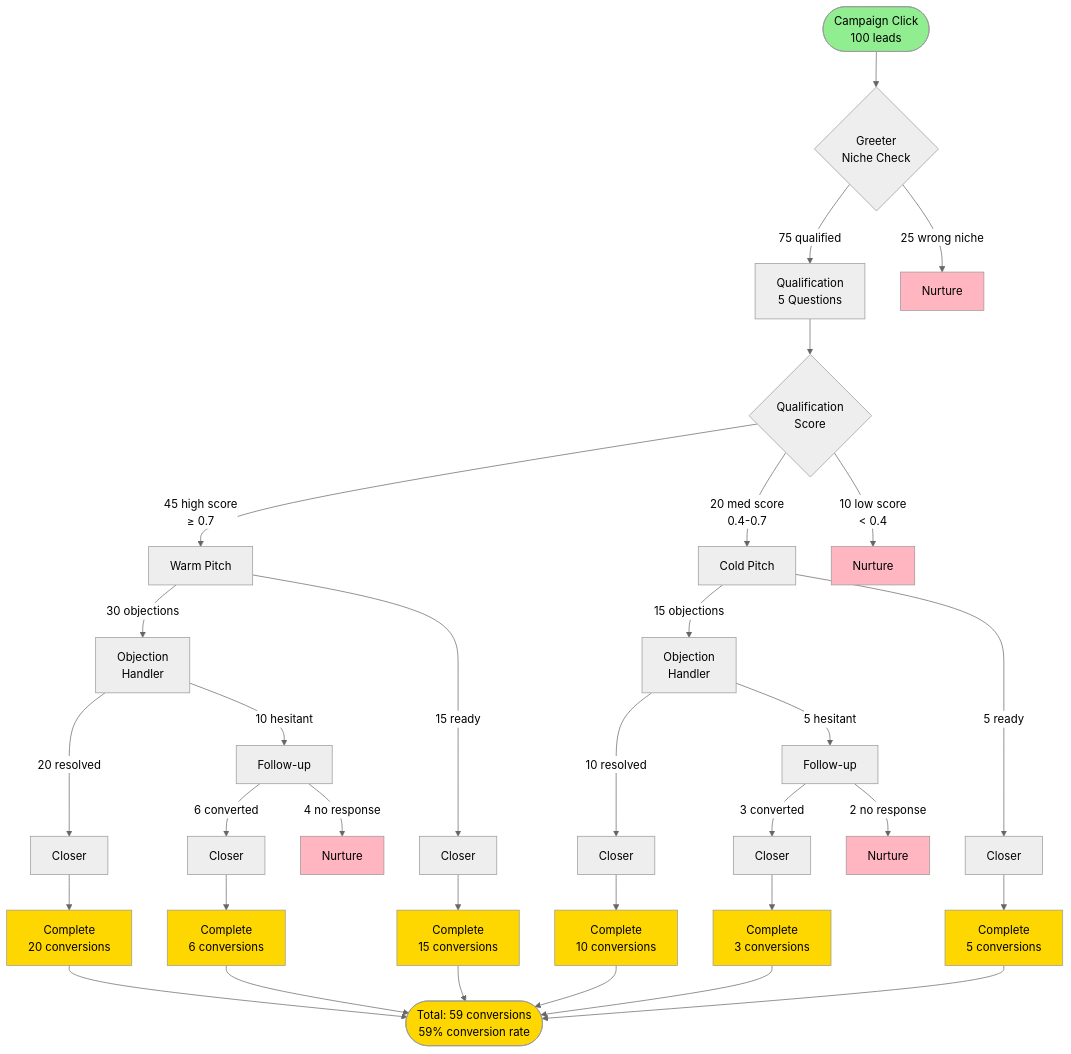
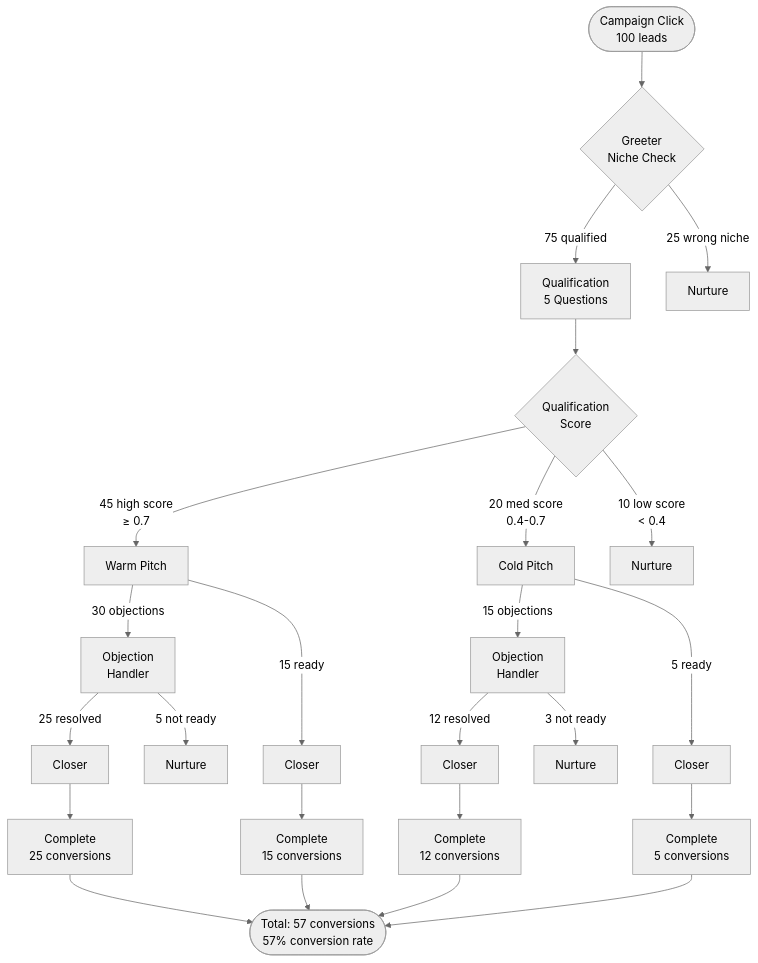
Before and after one commit to blockvoltcr7/langgraph-supervisors: diagram 22 of 23 in limitlessos/ARCHITECTURE_DIAGRAMS.md, drawn with Mermaid (neutral theme). The commit also changed other lines of this file and 17 other files, not shown here.

````diff
--- a/limitlessos/ARCHITECTURE_DIAGRAMS.md
+++ b/limitlessos/ARCHITECTURE_DIAGRAMS.md
@@ -971,58 +922,35 @@
 ```mermaid
 graph TD
     START([Campaign Click<br/>100 leads]) --> GREETING{Greeter<br/>Niche Check}
     
     GREETING -->|75 qualified| QUAL[Qualification<br/>5 Questions]
     GREETING -->|25 wrong niche| NURTURE1[Nurture]
     
     QUAL --> QUAL_SCORE{Qualification<br/>Score}
     
     QUAL_SCORE -->|45 high score<br/>≥ 0.7| WARM[Warm Pitch]
     QUAL_SCORE -->|20 med score<br/>0.4-0.7| COLD[Cold Pitch]
     QUAL_SCORE -->|10 low score<br/>< 0.4| NURTURE2[Nurture]
     
     WARM -->|30 objections| OBJ1[Objection<br/>Handler]
     WARM -->|15 ready| CLOSE1[Closer]
     
     COLD -->|15 objections| OBJ2[Objection<br/>Handler]
     COLD -->|5 ready| CLOSE2[Closer]
     
-    OBJ1 -->|20 resolved| CLOSE3[Closer]
-    OBJ1 -->|10 hesitant| FOLLOW1[Follow-up]
+    OBJ1 -->|25 resolved| CLOSE3[Closer]
+    OBJ1 -->|5 not ready| NURTURE3[Nurture]
     
-    OBJ2 -->|10 resolved| CLOSE4[Closer]
-    OBJ2 -->|5 hesitant| FOLLOW2[Follow-up]
-    
-    FOLLOW1 -->|6 converted| CLOSE5[Closer]
-    FOLLOW1 -->|4 no response| NURTURE3[Nurture]
-    
-    FOLLOW2 -->|3 converted| CLOSE6[Closer]
-    FOLLOW2 -->|2 no response| NURTURE4[Nurture]
+    OBJ2 -->|12 resolved| CLOSE4[Closer]
+    OBJ2 -->|3 not ready| NURTURE4[Nurture]
     
     CLOSE1 --> COMPLETE1[Complete<br/>15 conversions]
     CLOSE2 --> COMPLETE2[Complete<br/>5 conversions]
-    CLOSE3 --> COMPLETE3[Complete<br/>20 conversions]
-    CLOSE4 --> COMPLETE4[Complete<br/>10 conversions]
-    CLOSE5 --> COMPLETE5[Complete<br/>6 conversions]
-    CLOSE6 --> COMPLETE6[Complete<br/>3 conversions]
+    CLOSE3 --> COMPLETE3[Complete<br/>25 conversions]
+    CLOSE4 --> COMPLETE4[Complete<br/>12 conversions]
     
-    COMPLETE1 --> END([Total: 59 conversions<br/>59% conversion rate])
+    COMPLETE1 --> END([Total: 57 conversions<br/>57% conversion rate])
     COMPLETE2 --> END
     COMPLETE3 --> END
     COMPLETE4 --> END
-    COMPLETE5 --> END
-    COMPLETE6 --> END
-    
-    style START fill:#90EE90
-    style END fill:#FFD700
-    style NURTURE1 fill:#FFB6C1
-    style NURTURE2 fill:#FFB6C1
-    style NURTURE3 fill:#FFB6C1
-    style NURTURE4 fill:#FFB6C1
-    style COMPLETE1 fill:#FFD700
-    style COMPLETE2 fill:#FFD700
-    style COMPLETE3 fill:#FFD700
-    style COMPLETE4 fill:#FFD700
-    style COMPLETE5 fill:#FFD700
-    style COMPLETE6 fill:#FFD700
 ```
````
